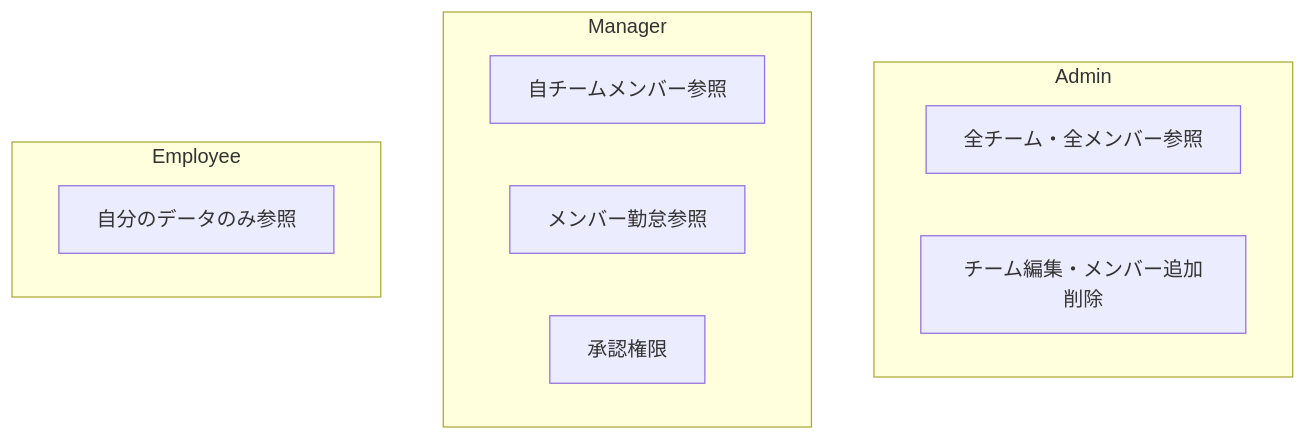
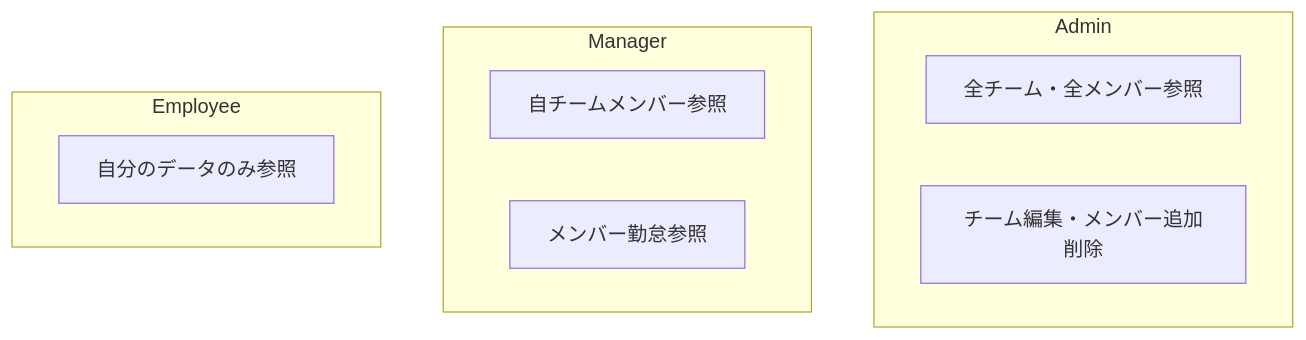
The second of 3 diagrams in docs/dev/team-management-design.md (miyazakisora111/time-attendance), drawn with Mermaid before and after one commit. The commit also changed 118 other files, not shown here.

````diff
--- a/docs/dev/team-management-design.md
+++ b/docs/dev/team-management-design.md
@@ -37,17 +37,16 @@
 ```mermaid
 flowchart TD
     subgraph "Admin"
         A_ALL["全チーム・全メンバー参照"]
         A_EDIT["チーム編集・メンバー追加削除"]
     end
 
     subgraph "Manager"
         M_VIEW["自チームメンバー参照"]
         M_ATT["メンバー勤怠参照"]
-        M_APPROVE["承認権限"]
     end
 
     subgraph "Employee"
         E_SELF["自分のデータのみ参照"]
     end
 ```
````
